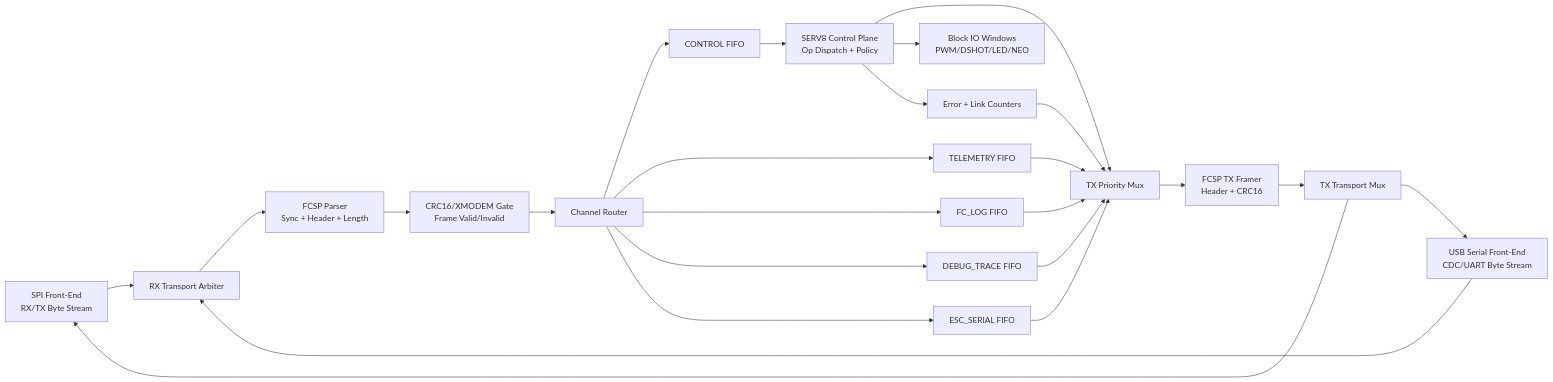
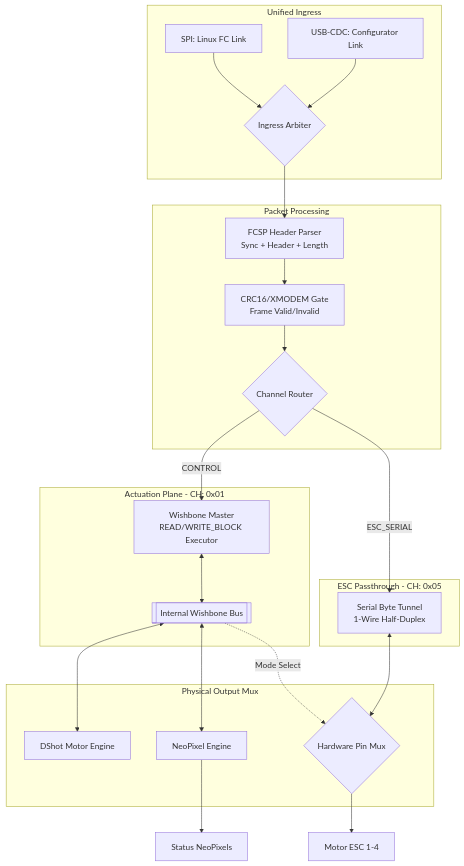
One commit to tcmichals/rt-fc-offloader changed the diagram in docs/TOP_LEVEL_BLOCK_DIAGRAM.md. Above: the diagram before and after it, drawn with Mermaid. The commit also changed other lines of this file and 50 other files, not shown here.

Commit message:
FCSP Pure Hardware Architecture: CPU-less switch, drivers, and debug generator. Nanosecond DShot/Serial timing verified.

````diff
--- a/docs/TOP_LEVEL_BLOCK_DIAGRAM.md
+++ b/docs/TOP_LEVEL_BLOCK_DIAGRAM.md
@@ -13,31 +5,55 @@
 ```mermaid
-flowchart LR
-    SPI[SPI Front-End\nRX/TX Byte Stream] --> RXARB[RX Transport Arbiter]
-    USB[USB Serial Front-End\nCDC/UART Byte Stream] --> RXARB
-    RXARB --> PARSER[FCSP Parser\nSync + Header + Length]
-    PARSER --> CRC[CRC16/XMODEM Gate\nFrame Valid/Invalid]
-    CRC --> ROUTER[Channel Router]
+flowchart TD
+    %% Host Inputs
+    subgraph Host_Ingress [Unified Ingress]
+        SPI[SPI: Linux FC Link]
+        USB[USB-CDC: Configurator Link]
+        ARB{Ingress Arbiter}
+    end
 
-    ROUTER --> Q1[CONTROL FIFO]
-    ROUTER --> Q2[TELEMETRY FIFO]
-    ROUTER --> Q3[FC_LOG FIFO]
-    ROUTER --> Q4[DEBUG_TRACE FIFO]
-    ROUTER --> Q5[ESC_SERIAL FIFO]
+    %% Protocol Engine
+    subgraph Protocol_Engine [Packet Processing]
+        PARSER[FCSP Header Parser\nSync + Header + Length]
+        CRC[CRC16/XMODEM Gate\nFrame Valid/Invalid]
+        ROUTER{Channel Router}
+    end
 
-    Q1 --> SERV[SERV8 Control Plane\nOp Dispatch + Policy]
-    SERV --> TXMUX[TX Priority Mux]
+    %% Actuator Paths
+    subgraph Control_Plane [Actuation Plane - CH: 0x01]
+        WB_MASTER[Wishbone Master\nREAD/WRITE_BLOCK Executor]
+        WB_BUS[[Internal Wishbone Bus]]
+    end
 
-    Q2 --> TXMUX
-    Q3 --> TXMUX
-    Q4 --> TXMUX
-    Q5 --> TXMUX
+    subgraph Passthrough_Plane [ESC Passthrough - CH: 0x05]
+        ESC_TUNNEL[Serial Byte Tunnel\n1-Wire Half-Duplex]
+    end
 
-    TXMUX --> TXFR[FCSP TX Framer\nHeader + CRC16]
-    TXFR --> TXSEL[TX Transport Mux]
-    TXSEL --> SPI
-    TXSEL --> USB
+    %% Physical IO
+    subgraph Actuators [Physical Output Mux]
+        DSHOT[DShot Motor Engine]
+        NEO[NeoPixel Engine]
+        MUX_SWITCH{Hardware Pin Mux}
+    end
 
-    SERV --> IOSPACE[Block IO Windows\nPWM/DSHOT/LED/NEO]
-    SERV --> STATUS[Error + Link Counters]
-    STATUS --> TXMUX
+    %% Connections
+    SPI --> ARB
+    USB --> ARB
+    ARB --> PARSER --> CRC --> ROUTER
+
+    %% Routing
+    ROUTER -->|CONTROL| WB_MASTER
+    ROUTER -->|ESC_SERIAL| ESC_TUNNEL
+
+    %% Control Map
+    WB_MASTER <--> WB_BUS
+    WB_BUS <--> DSHOT
+    WB_BUS <--> NEO
+    
+    %% The Hard Switch (Reg 0x20)
+    WB_BUS -.->|Mode Select| MUX_SWITCH
+    ESC_TUNNEL <--> MUX_SWITCH
+
+    %% Physical World
+    MUX_SWITCH --> PHYSICAL_PINS[Motor ESC 1-4]
+    NEO --> PHYSICAL_LED[Status NeoPixels]
 ```
````
